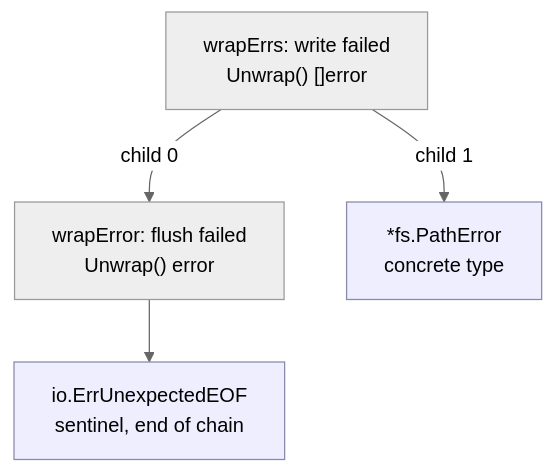
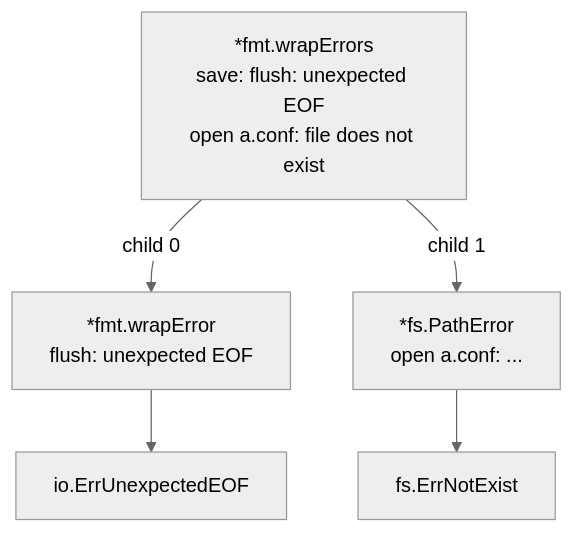
One commit to golang-design/under-the-hood changed the diagram in book/en-us/part2lang/ch07errors/inspect.md. Above: the diagram before and after it, drawn with Mermaid (neutral theme). The commit also changed other lines of this file and 24 other files, not shown here.

````diff
--- a/book/en-us/part2lang/ch07errors/inspect.md
+++ b/book/en-us/part2lang/ch07errors/inspect.md
@@ -90,8 +149,7 @@
 ```mermaid
 flowchart TD
-    e3["wrapErrs: write failed<br/>Unwrap() []error"] -->|child 0| e2["wrapError: flush failed<br/>Unwrap() error"]
-    e3 -->|child 1| eb["*fs.PathError<br/>concrete type"]
-    e2 --> e1["io.ErrUnexpectedEOF<br/>sentinel, end of chain"]
-    classDef leaf fill:#eef,stroke:#88a
-    class e1,eb leaf
+	R["*fmt.wrapErrors<br/>save: flush: unexpected EOF<br/>open a.conf: file does not exist"] -->|child 0| W["*fmt.wrapError<br/>flush: unexpected EOF"]
+	R -->|child 1| P["*fs.PathError<br/>open a.conf: ..."]
+	W --> E["io.ErrUnexpectedEOF"]
+	P --> N["fs.ErrNotExist"]
 ```
````
